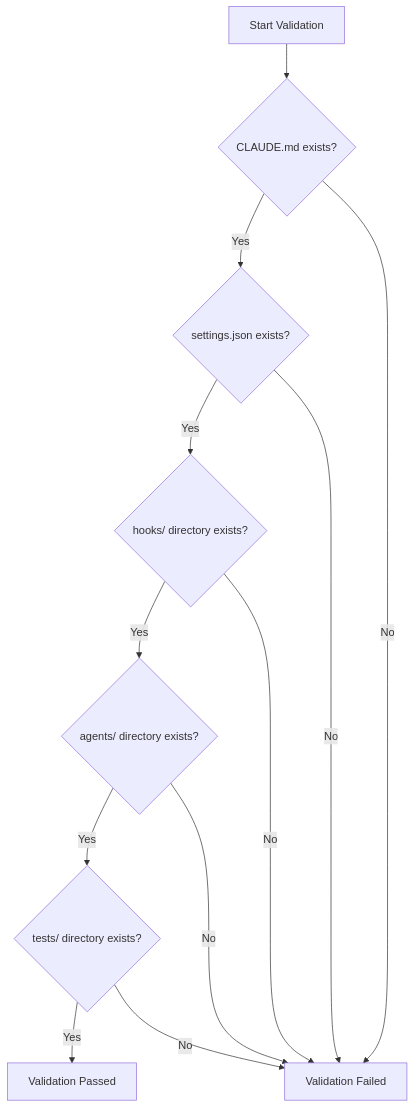
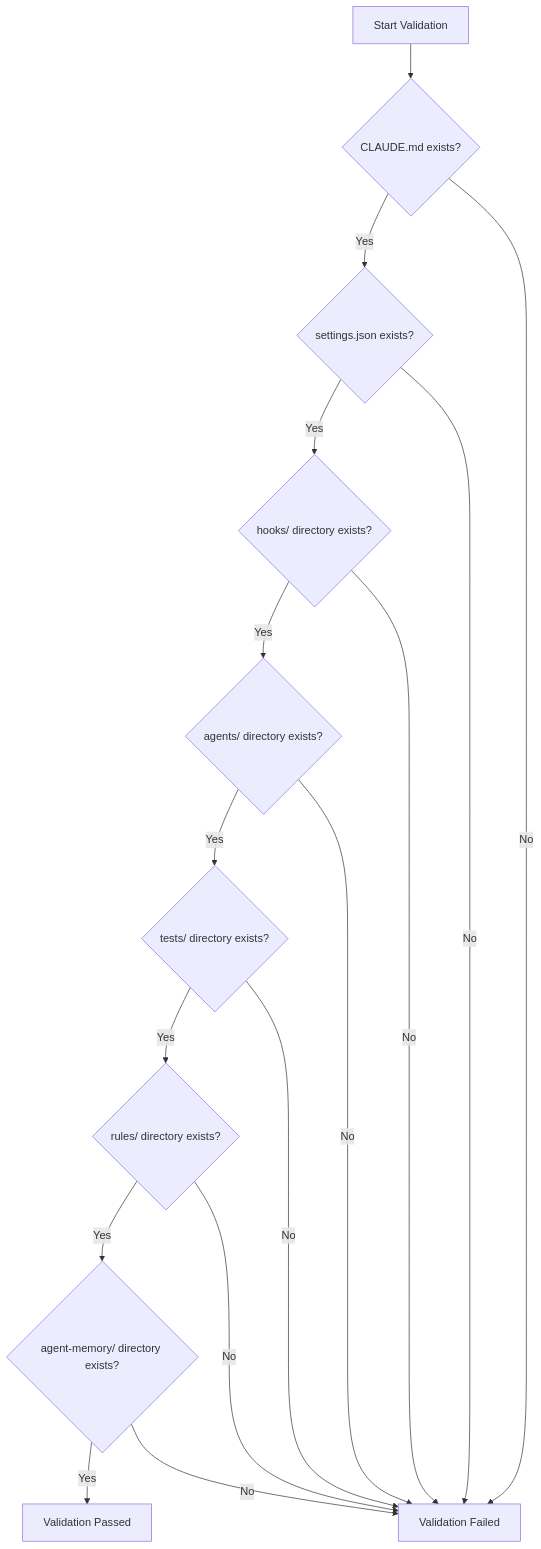
One commit to gkastanis/drupal-claude-code-sub-agent-collective changed diagram 12 of 16 in docs/INSTALLATION.md. Above: the diagram before and after it, drawn with Mermaid. The commit also changed other lines of this file and 60 other files, not shown here.

````diff
--- a/docs/INSTALLATION.md
+++ b/docs/INSTALLATION.md
@@ -389,25 +429,31 @@
 ```mermaid
 flowchart TD
     START[Start Validation]
 
     C1{CLAUDE.md exists?}
     C2{settings.json exists?}
     C3{hooks/ directory exists?}
     C4{agents/ directory exists?}
     C5{tests/ directory exists?}
+    C6{rules/ directory exists?}
+    C7{agent-memory/ directory exists?}
 
     PASS[Validation Passed]
     FAIL[Validation Failed]
 
     START --> C1
     C1 --> |Yes| C2
     C1 --> |No| FAIL
     C2 --> |Yes| C3
     C2 --> |No| FAIL
     C3 --> |Yes| C4
     C3 --> |No| FAIL
     C4 --> |Yes| C5
     C4 --> |No| FAIL
-    C5 --> |Yes| PASS
+    C5 --> |Yes| C6
     C5 --> |No| FAIL
+    C6 --> |Yes| C7
+    C6 --> |No| FAIL
+    C7 --> |Yes| PASS
+    C7 --> |No| FAIL
 ```
````
